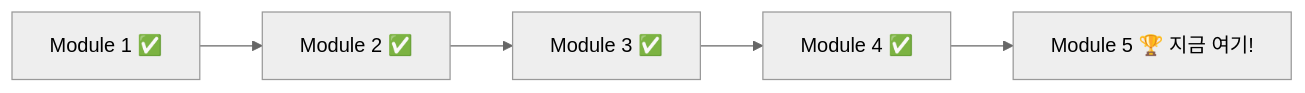
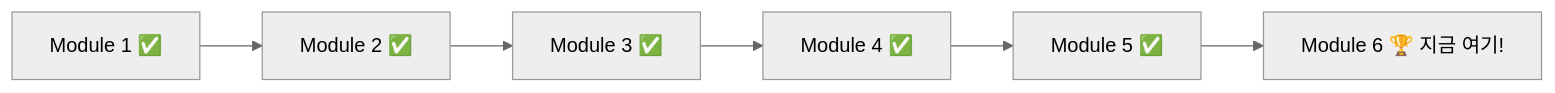
One commit to kshong05311129/lghh-kiro-workshop changed the diagram in module4-challenge/README.md. Above: the diagram before and after it, drawn with Mermaid (neutral theme). The commit also changed other lines of this file and 10 other files, not shown here.

````diff
--- a/module4-challenge/README.md
+++ b/module4-challenge/README.md
@@ -11,7 +11,8 @@
 ```mermaid
 graph LR
     A[Module 1 ✅] --> B[Module 2 ✅]
     B --> C[Module 3 ✅]
     C --> D[Module 4 ✅]
-    D --> E[Module 5 🏆 지금 여기!]
+    D --> E[Module 5 ✅]
+    E --> F[Module 6 🏆 지금 여기!]
 ```
````
